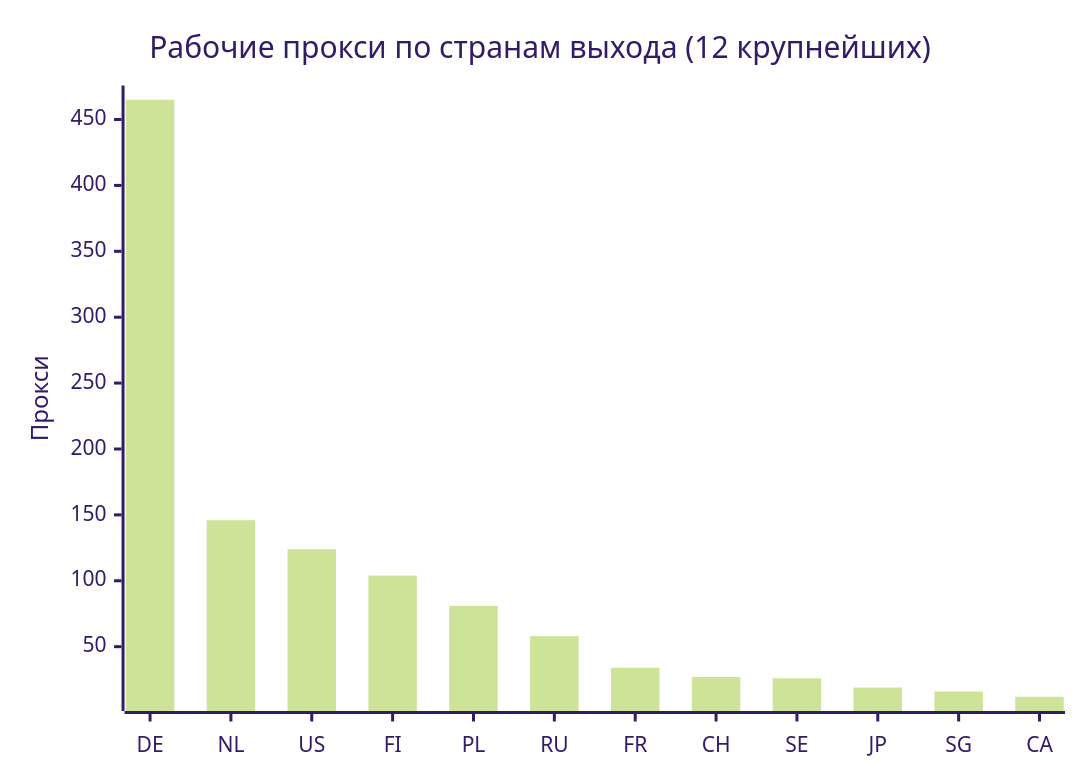
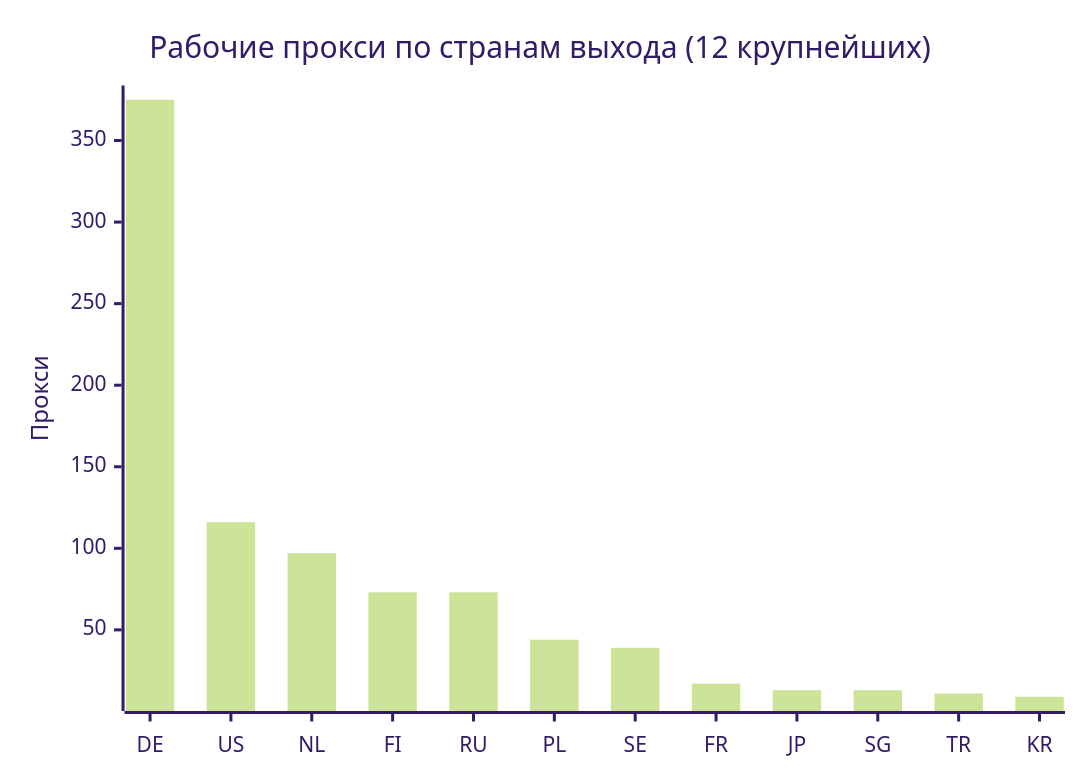
Before and after one commit to rvvg/proxy-subs: the second of 4 diagrams in README.md, drawn with Mermaid (forest theme). The commit also changed other lines of this file and 50 other files, not shown here.

````diff
--- a/README.md
+++ b/README.md
@@ -131,7 +122,7 @@
 ```mermaid
 xychart-beta
     title "Рабочие прокси по странам выхода (12 крупнейших)"
-    x-axis ["DE", "NL", "US", "FI", "PL", "RU", "FR", "CH", "SE", "JP", "SG", "CA"]
+    x-axis ["DE", "US", "NL", "FI", "RU", "PL", "SE", "FR", "JP", "SG", "TR", "KR"]
     y-axis "Прокси"
-    bar [465, 146, 124, 104, 81, 58, 34, 27, 26, 19, 16, 12]
+    bar [375, 116, 97, 73, 73, 44, 39, 17, 13, 13, 11, 9]
 ```
````
